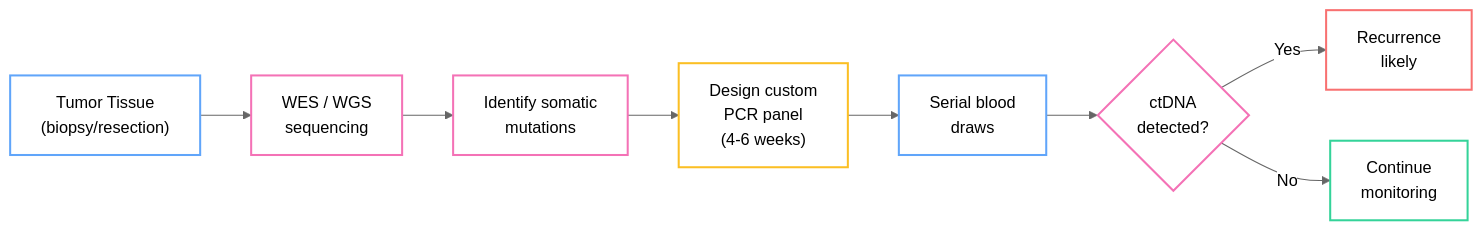
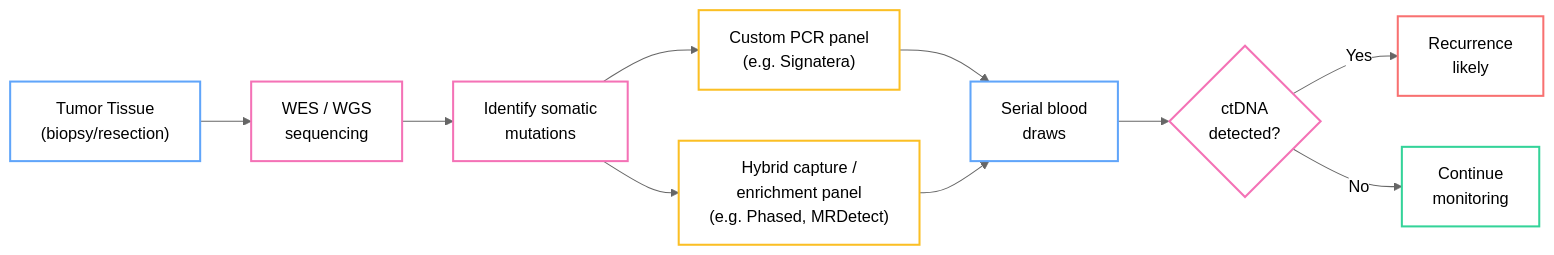
One commit to bolu-atx/bolu-atx.github.io changed the first of 2 diagrams in _posts/2026-02-17-mrd-hunting-invisible-cancer.md. Above: the diagram before and after it, drawn with Mermaid (neutral theme). The commit also changed other lines of this file and 2 other files, not shown here.

Commit message:
Rename series to OpenOnco Assay Insights and fix MRD tumor-informed flow
Update series title across all three posts. Split PCR panel step in
tumor-informed mermaid diagram into PCR vs hybrid capture branches
to reflect that not all assays use PCR.

````diff
--- a/_posts/2026-02-17-mrd-hunting-invisible-cancer.md
+++ b/_posts/2026-02-17-mrd-hunting-invisible-cancer.md
@@ -46,23 +46,25 @@
 ```mermaid
 graph LR
     A["Tumor Tissue<br/>(biopsy/resection)"] --> B["WES / WGS<br/>sequencing"]
     B --> C["Identify somatic<br/>mutations"]
-    C --> D["Design custom<br/>PCR panel<br/>(4-6 weeks)"]
+    C --> D["Custom PCR panel<br/>(e.g. Signatera)"]
+    C --> D2["Hybrid capture /<br/>enrichment panel<br/>(e.g. Phased, MRDetect)"]
     D --> E["Serial blood<br/>draws"]
+    D2 --> E
     E --> F{"ctDNA<br/>detected?"}
     F -->|Yes| G["Recurrence<br/>likely"]
     F -->|No| H["Continue<br/>monitoring"]
 
     classDef input fill:none,stroke:#60a5fa,stroke-width:2px
     classDef highlight fill:none,stroke:#f472b6,stroke-width:2px
     classDef output fill:none,stroke:#34d399,stroke-width:2px
     classDef negative fill:none,stroke:#f87171,stroke-width:2px
     classDef progress fill:none,stroke:#fbbf24,stroke-width:2px
     class A input
     class B,C highlight
-    class D progress
+    class D,D2 progress
     class E input
     class F highlight
     class G negative
     class H output
 ```
````
